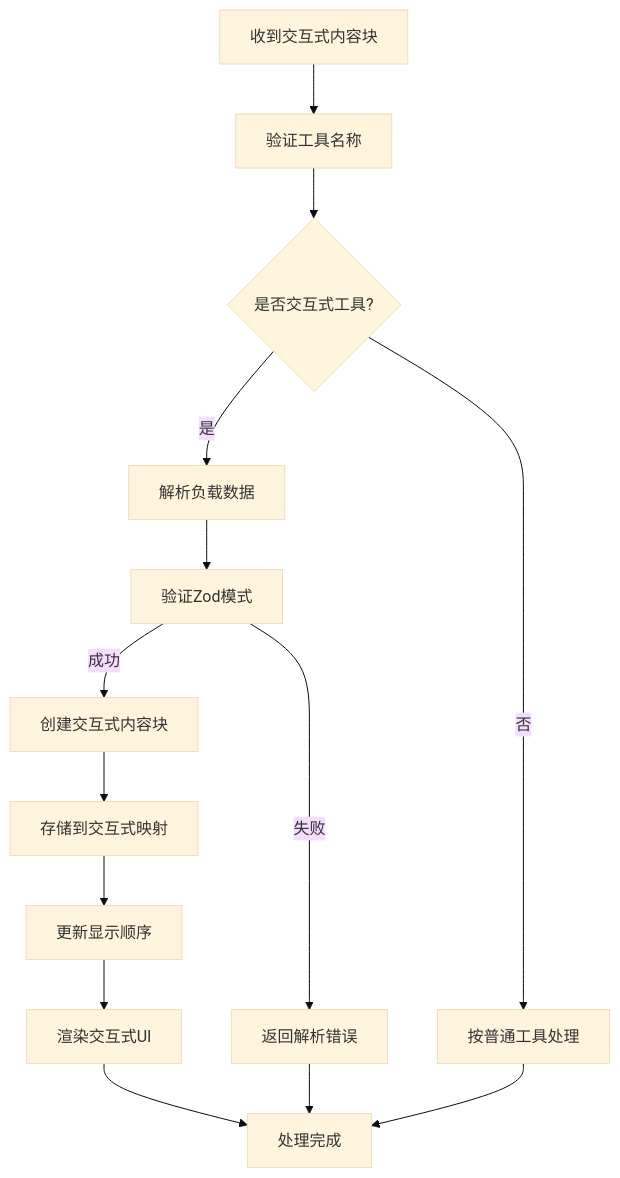
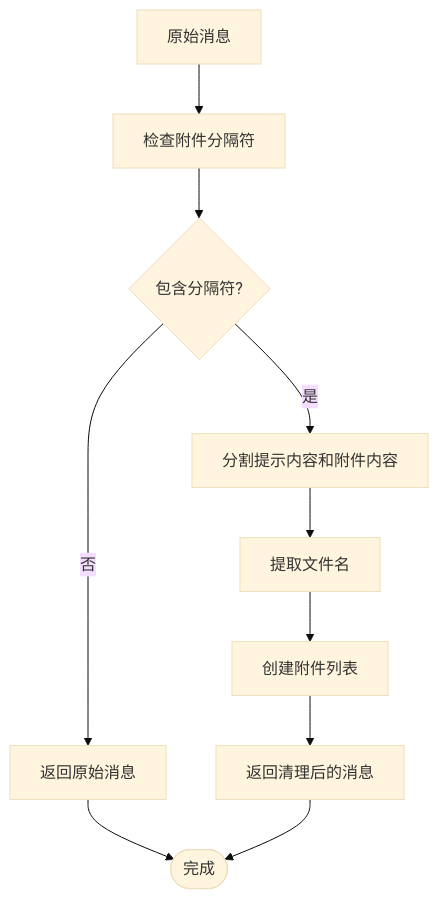
Diagram 16 of 33 in .qoder/repowiki/zh/content/Web界面/WebChat界面/聊天运行时提供者增强/聊天运行时提供者增强.md (verse-ai-org/openclaw), drawn with Mermaid (base theme) before and after one commit. The commit also changed other lines of this file and 26 other files, not shown here.

````diff
--- a/.qoder/repowiki/zh/content/Web界面/WebChat界面/聊天运行时提供者增强/聊天运行时提供者增强.md
+++ b/.qoder/repowiki/zh/content/Web界面/WebChat界面/聊天运行时提供者增强/聊天运行时提供者增强.md
@@ -886,16 +1048,12 @@
 ```mermaid
 flowchart TD
-IncomingBlock[收到交互式内容块] --> ValidateToolName["验证工具名称"]
-ValidateToolName --> IsInteractive{"是否交互式工具?"}
-IsInteractive --> |否| ProcessAsNormal["按普通工具处理"]
-IsInteractive --> |是| ParsePayload["解析负载数据"]
-ParsePayload --> ValidateSchema["验证Zod模式"]
-ValidateSchema --> |失败| ErrorReturn["返回解析错误"]
-ValidateSchema --> |成功| CreateBlock["创建交互式内容块"]
-CreateBlock --> StoreInMap["存储到交互式映射"]
-StoreInMap --> UpdateOrder["更新显示顺序"]
-UpdateOrder --> RenderUI["渲染交互式UI"]
-RenderUI --> ProcessComplete["处理完成"]
-ErrorReturn --> ProcessComplete
-ProcessAsNormal --> ProcessComplete
+RawMessage[原始消息] --> CheckSeparator["检查附件分隔符"]
+CheckSeparator --> HasSeparator{"包含分隔符?"}
+HasSeparator --> |否| ReturnOriginal["返回原始消息"]
+HasSeparator --> |是| SplitContent["分割提示内容和附件内容"]
+SplitContent --> ExtractFiles["提取文件名"]
+ExtractFiles --> CreateAttachments["创建附件列表"]
+CreateAttachments --> ReturnClean["返回清理后的消息"]
+ReturnOriginal --> End([完成])
+ReturnClean --> End
 ```
````
